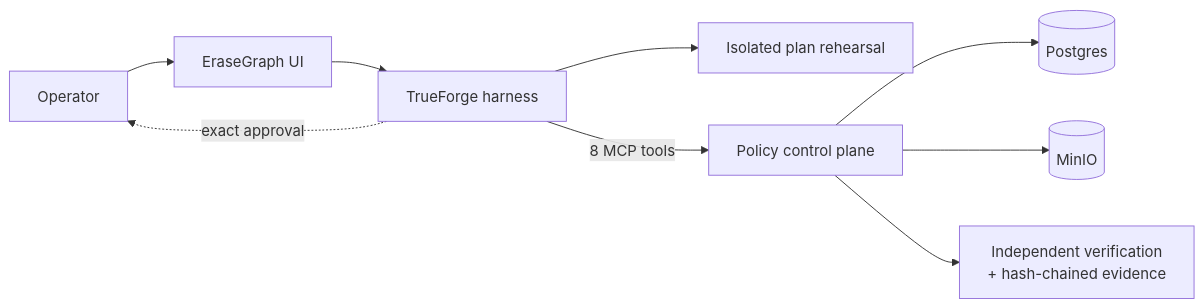
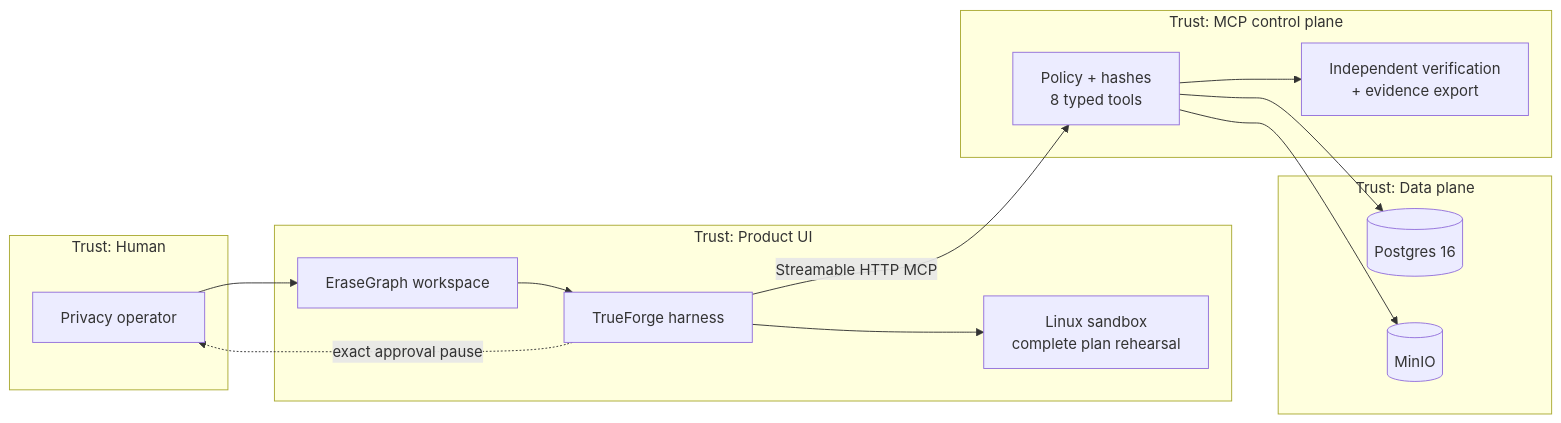
One commit to SahilRakhaiya05/EraseGraph changed the diagram in README.md. Above: the diagram before and after it, drawn with Mermaid. The commit also changed other lines of this file and 6 other files, not shown here.

First line of the commit message:
feat: polish product UI, architecture diagram, and README

````diff
--- a/README.md
+++ b/README.md
@@ -21,11 +34,31 @@
 ```mermaid
 flowchart LR
-    H[Operator] --> U[EraseGraph UI]
-    U --> T[TrueForge harness]
-    T --> S[Isolated plan rehearsal]
-    T -->|8 MCP tools| C[Policy control plane]
-    C --> P[(Postgres)]
-    C --> M[(MinIO)]
-    T -. exact approval .-> H
-    C --> V[Independent verification\n+ hash-chained evidence]
+    subgraph Human["Trust: Human"]
+      H[Privacy operator]
+    end
+
+    subgraph Product["Trust: Product UI"]
+      U[EraseGraph workspace]
+      T[TrueForge harness]
+      S[Linux sandbox\ncomplete plan rehearsal]
+    end
+
+    subgraph Control["Trust: MCP control plane"]
+      C[Policy + hashes\n8 typed tools]
+      V[Independent verification\n+ evidence export]
+    end
+
+    subgraph Stores["Trust: Data plane"]
+      P[(Postgres 16)]
+      M[(MinIO)]
+    end
+
+    H --> U
+    U --> T
+    T --> S
+    T -->|Streamable HTTP MCP| C
+    C --> P
+    C --> M
+    T -. exact approval pause .-> H
+    C --> V
 ```
````
